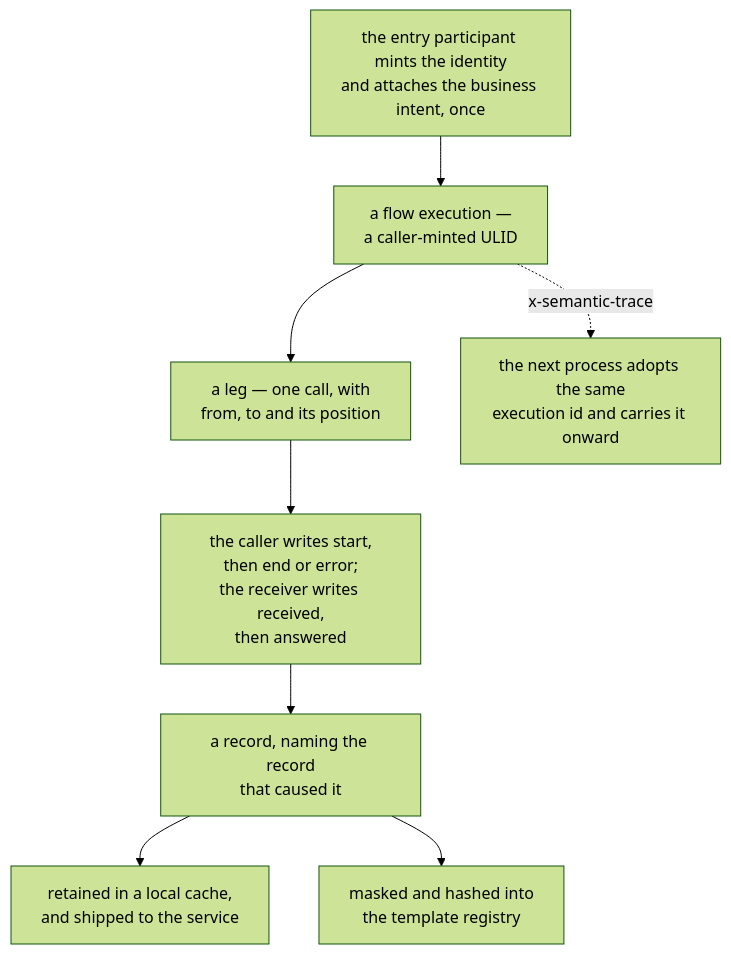
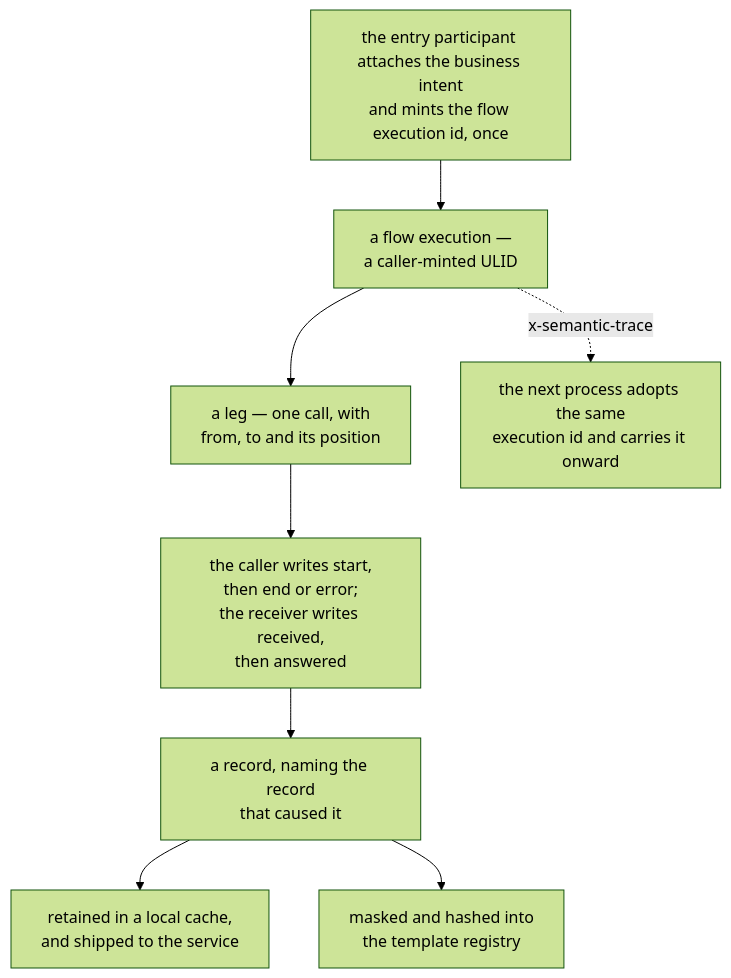
The diagram in docs/blong/docs/concepts/semantic-log.md (feasibleone/blong), drawn with Mermaid (forest theme) before and after one commit. The commit also changed other lines of this file and 122 other files, not shown here.

````diff
--- a/docs/blong/docs/concepts/semantic-log.md
+++ b/docs/blong/docs/concepts/semantic-log.md
@@ -7,10 +11,10 @@
 ```mermaid
 flowchart TD
-    ENTRY["the entry participant mints the identity<br/>and attaches the business intent, once"] --> EXEC["a flow execution —<br/>a caller-minted ULID"]
+    ENTRY["the entry participant attaches the business intent<br/>and mints the flow execution id, once"] --> EXEC["a flow execution —<br/>a caller-minted ULID"]
     EXEC --> LEG["a leg — one call, with<br/>from, to and its position"]
     LEG --> PHASE["the caller writes start,<br/>then end or error;<br/>the receiver writes received,<br/>then answered"]
     PHASE --> REC["a record, naming the record<br/>that caused it"]
     REC --> HELD["retained in a local cache,<br/>and shipped to the service"]
     REC --> HASHED["masked and hashed into<br/>the template registry"]
     EXEC -.->|"x-semantic-trace"| NEXT["the next process adopts the same<br/>execution id and carries it onward"]
 ```
````
